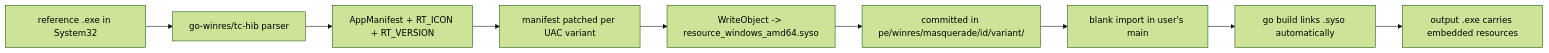
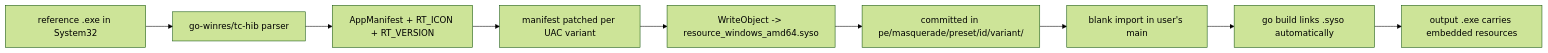
The diagram in docs/techniques/pe/masquerade.md (oioio-space/maldev), drawn with Mermaid (forest theme) before and after one commit. The commit also changed other lines of this file and 41 other files, not shown here.

First line of the commit message:
refactor(masquerade): consolidate pe/winres into pe/masquerade

````diff
--- a/docs/techniques/pe/masquerade.md
+++ b/docs/techniques/pe/masquerade.md
@@ -18,11 +18,11 @@
 ```mermaid
 flowchart LR
     A[reference .exe in System32] --> B[go-winres/tc-hib parser]
     B --> C[AppManifest + RT_ICON + RT_VERSION]
     C --> D[manifest patched per UAC variant]
     D --> E[WriteObject -> resource_windows_amd64.syso]
-    E --> F[committed in pe/winres/masquerade/id/variant/]
+    E --> F[committed in pe/masquerade/preset/id/variant/]
     F --> G[blank import in user's main]
     G --> H[go build links .syso automatically]
     H --> I[output .exe carries embedded resources]
 ```
````
